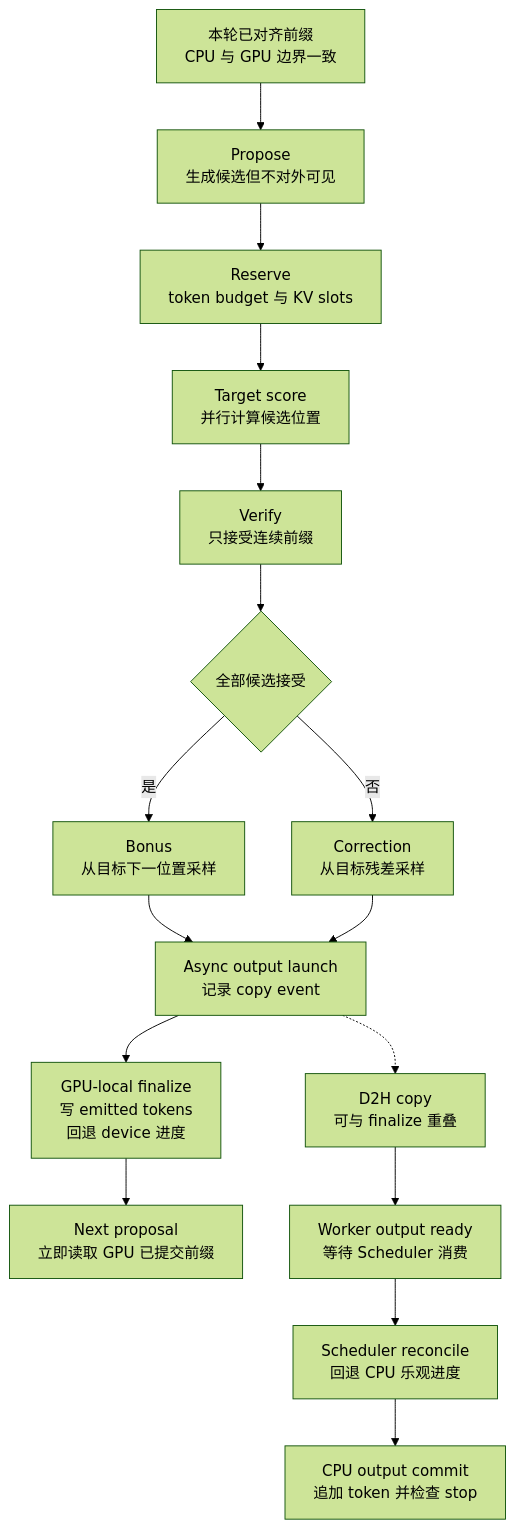
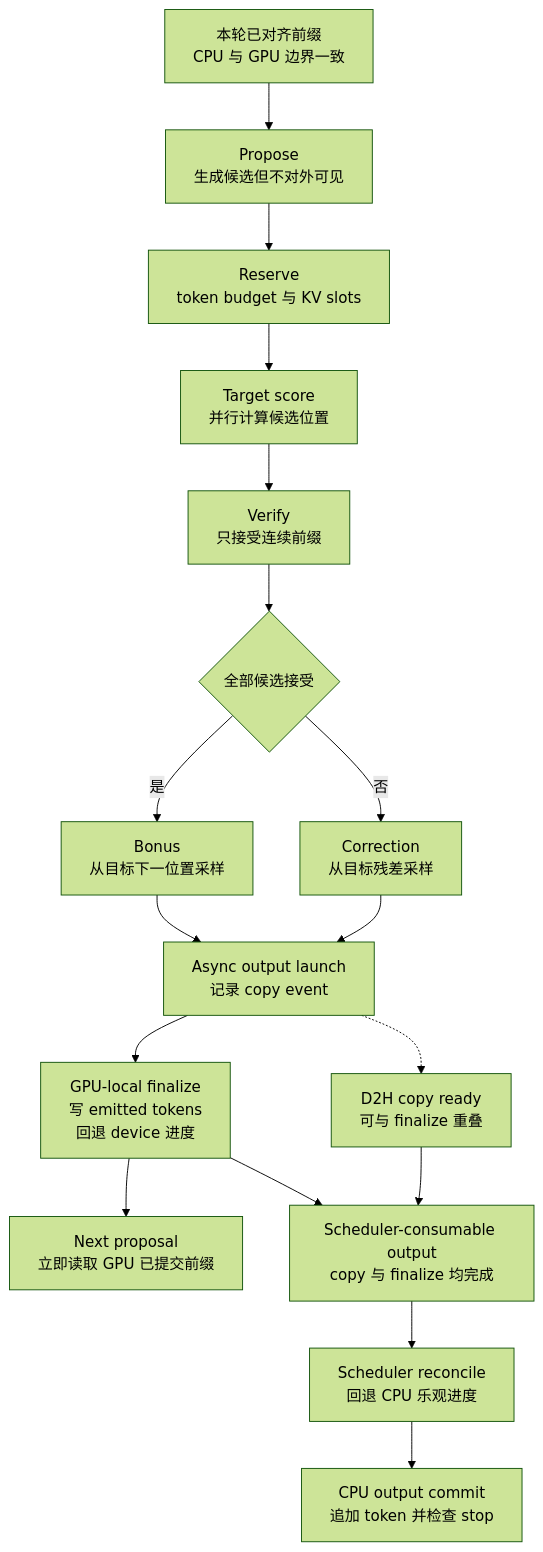
One commit to suhaibo666/llm-knowledge changed the diagram in wiki/02_engineering/03_infer_frameworks/vllm/20_vllm_speculative_decoding_analysis.md. Above: the diagram before and after it, drawn with Mermaid (forest theme). The commit also changed other lines of this file, not shown here.

Commit message:
docs(vllm): join speculative output dependencies

````diff
--- a/wiki/02_engineering/03_infer_frameworks/vllm/20_vllm_speculative_decoding_analysis.md
+++ b/wiki/02_engineering/03_infer_frameworks/vllm/20_vllm_speculative_decoding_analysis.md
@@ -49,18 +49,19 @@
 ```mermaid
 flowchart TB
     P["本轮已对齐前缀<br/>CPU 与 GPU 边界一致"] --> D["Propose<br/>生成候选但不对外可见"]
     D --> S["Reserve<br/>token budget 与 KV slots"]
     S --> T["Target score<br/>并行计算候选位置"]
     T --> V["Verify<br/>只接受连续前缀"]
     V --> Q{"全部候选接受"}
     Q -->|是| B["Bonus<br/>从目标下一位置采样"]
     Q -->|否| R["Correction<br/>从目标残差采样"]
     B --> E["Async output launch<br/>记录 copy event"]
     R --> E
     E --> G["GPU-local finalize<br/>写 emitted tokens<br/>回退 device 进度"]
-    E -.-> O["D2H copy<br/>可与 finalize 重叠"]
+    E -.-> O["D2H copy ready<br/>可与 finalize 重叠"]
     G --> N["Next proposal<br/>立即读取 GPU 已提交前缀"]
-    O --> W["Worker output ready<br/>等待 Scheduler 消费"]
+    G --> W["Scheduler-consumable output<br/>copy 与 finalize 均完成"]
+    O --> W
     W --> C["Scheduler reconcile<br/>回退 CPU 乐观进度"]
     C --> H["CPU output commit<br/>追加 token 并检查 stop"]
 ```
````
